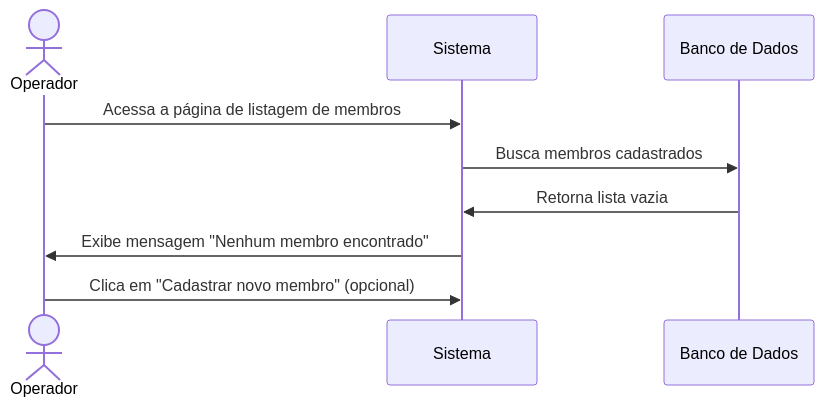
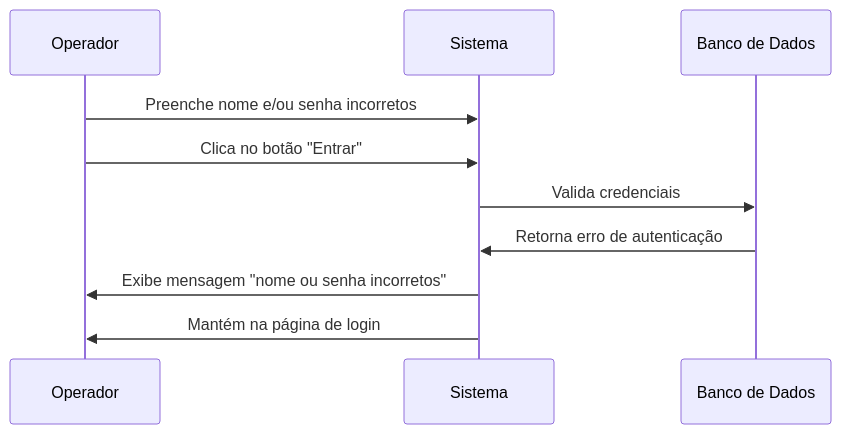
The second of 3 diagrams in Writerside/topics/RF09.md (Bomsalvez/quilombo-docs), drawn with Mermaid before and after one commit. The commit also changed other lines of this file and 34 other files, not shown here.

````diff
--- a/Writerside/topics/RF09.md
+++ b/Writerside/topics/RF09.md
@@ -68,12 +54,13 @@
 ```mermaid
 sequenceDiagram
-    actor O as Operador
+    participant O as Operador
     participant S as Sistema
-    participant BD as Banco de Dados
+    participant DB as Banco de Dados
     
-    O->>S: Acessa a página de listagem de membros
-    S->>BD: Busca membros cadastrados
-    BD->>S: Retorna lista vazia
-    S->>O: Exibe mensagem "Nenhum membro encontrado"
-    O->>S: Clica em "Cadastrar novo membro" (opcional)
+    O->>S: Preenche nome e/ou senha incorretos
+    O->>S: Clica no botão "Entrar"
+    S->>DB: Valida credenciais
+    DB->>S: Retorna erro de autenticação
+    S->>O: Exibe mensagem "nome ou senha incorretos"
+    S->>O: Mantém na página de login
 ```
````
